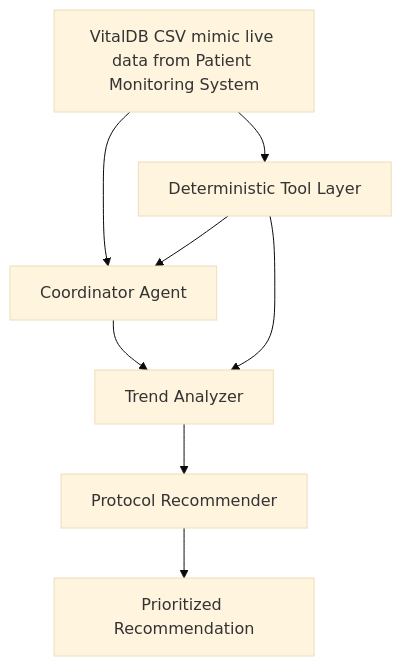
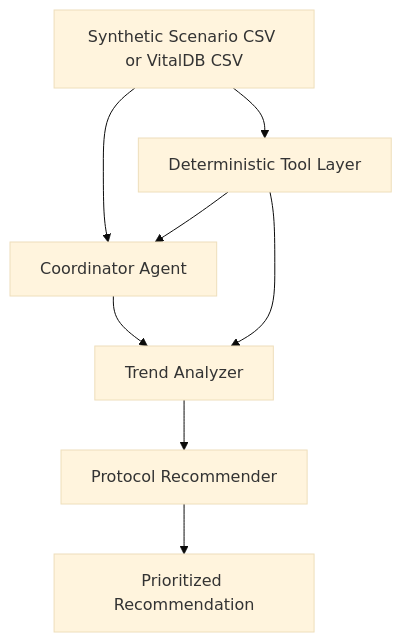
Before and after one commit to alsontanwork4-cmyk/vitalguard-ai: the diagram in README.md, drawn with Mermaid (base theme). The commit also changed other lines of this file and 6 other files, not shown here.

````diff
--- a/README.md
+++ b/README.md
@@ -24,10 +33,10 @@
 ```mermaid
 flowchart TD
-    A["VitalDB CSV mimic live data from Patient Monitoring System"] --> B["Coordinator Agent"]
+    A["Synthetic Scenario CSV or VitalDB CSV"] --> B["Coordinator Agent"]
     B --> C["Trend Analyzer"]
     C --> D["Protocol Recommender"]
     D --> E["Prioritized Recommendation"]
     A --> F["Deterministic Tool Layer"]
     F --> B
     F --> C
 ```
````
